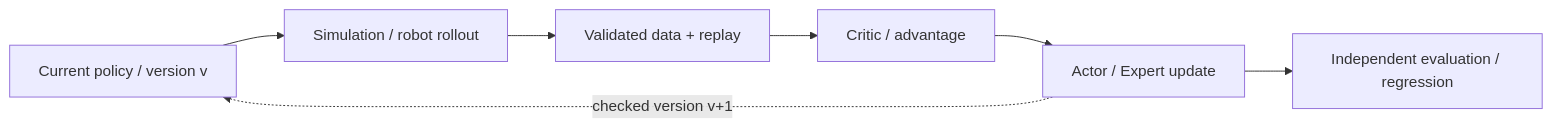
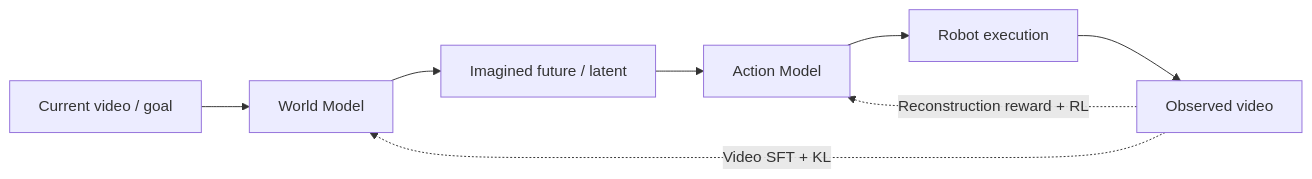
The third of 4 diagrams in files/RL_Post_Training_EN.md (zengxiong111/zengxiong.github.io), drawn with Mermaid before and after one commit. The commit also changed other lines of this file and 7 other files, not shown here.

````diff
--- a/files/RL_Post_Training_EN.md
+++ b/files/RL_Post_Training_EN.md
@@ -139,9 +199,10 @@
 ```mermaid
 flowchart LR
-  P["Current policy / version v"] --> W["Simulation / robot rollout"]
-  W --> D["Validated data + replay"]
-  D --> C["Critic / advantage"]
-  C --> U["Actor / Expert update"]
-  U -.->|checked version v+1| P
-  U --> V["Independent evaluation / regression"]
+  I["Current video / goal"] --> W["World Model"]
+  W --> P["Imagined future / latent"]
+  P --> A["Action Model"]
+  A --> E["Robot execution"]
+  E --> O["Observed video"]
+  O -.->|"Video SFT + KL"| W
+  O -.->|"Reconstruction reward + RL"| A
 ```
````
